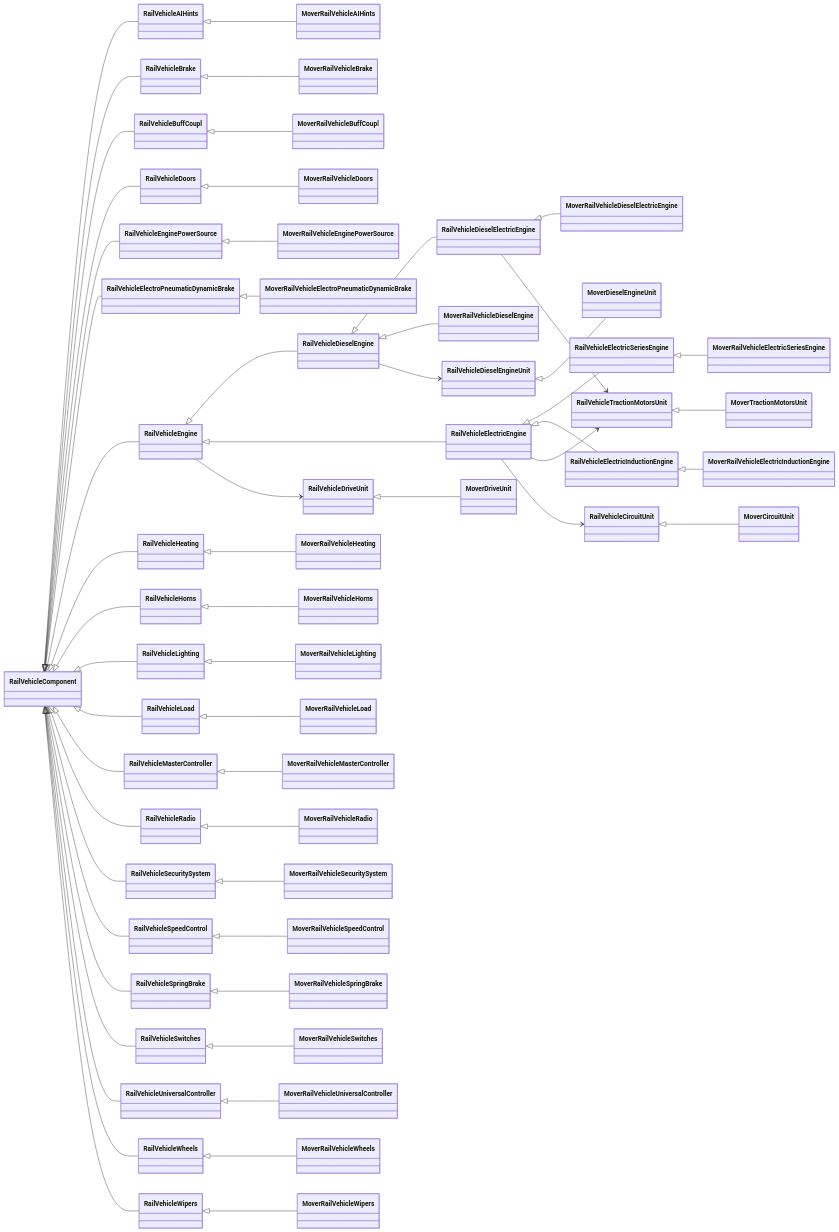
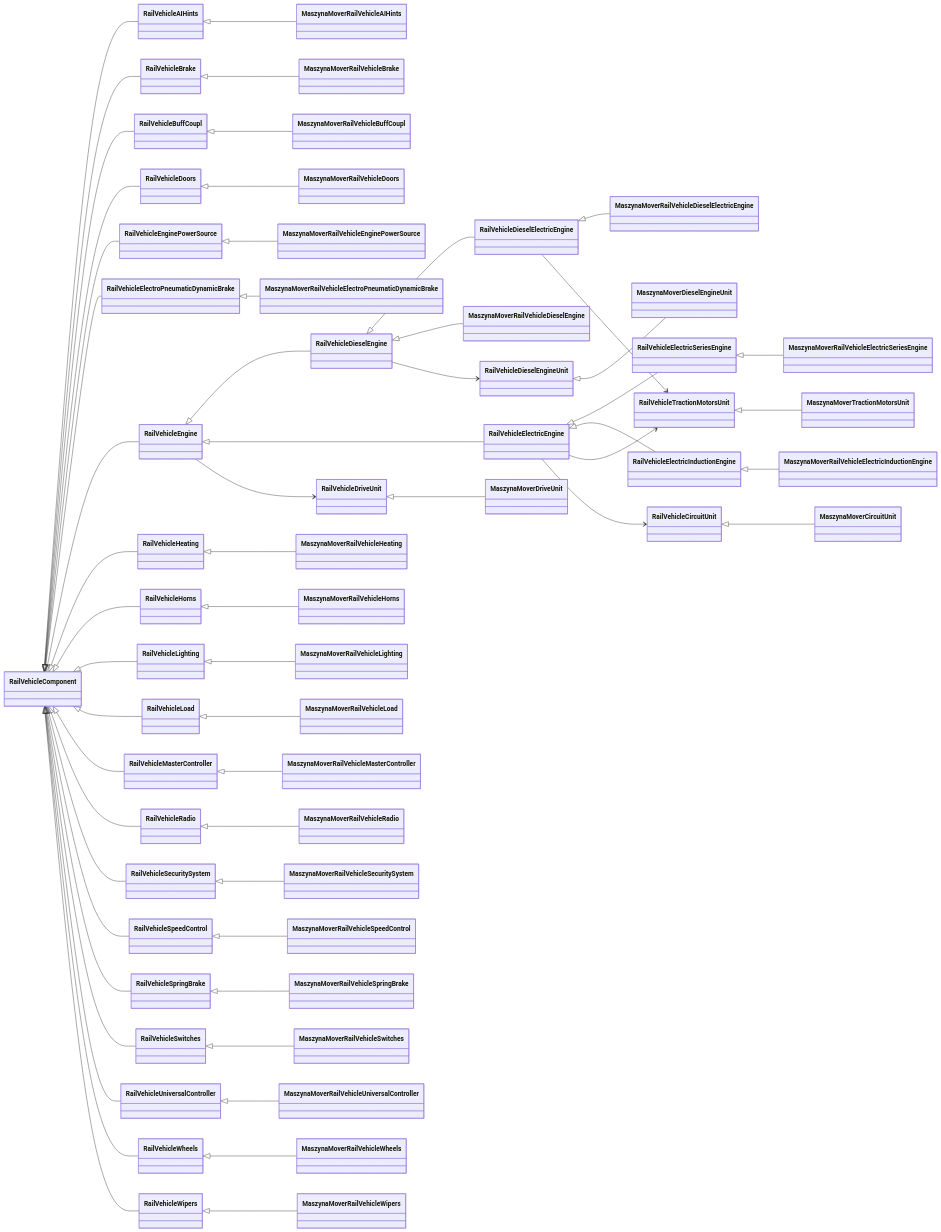
Before and after one commit to MaSzyna-Reloaded/libmaszyna: the second of 2 diagrams in docs/wrapping-mover.md, drawn with Mermaid. The commit also changed other lines of this file and 2073 other files, not shown here.

````diff
--- a/docs/wrapping-mover.md
+++ b/docs/wrapping-mover.md
@@ -109,64 +112,64 @@
 ```mermaid
 classDiagram
     direction LR
     class RailVehicleComponent
     RailVehicleComponent <|-- RailVehicleAIHints
     RailVehicleComponent <|-- RailVehicleBrake
     RailVehicleComponent <|-- RailVehicleBuffCoupl
     RailVehicleComponent <|-- RailVehicleDoors
     RailVehicleComponent <|-- RailVehicleEnginePowerSource
     RailVehicleComponent <|-- RailVehicleElectroPneumaticDynamicBrake
     RailVehicleComponent <|-- RailVehicleEngine
     RailVehicleComponent <|-- RailVehicleHeating
     RailVehicleComponent <|-- RailVehicleHorns
     RailVehicleComponent <|-- RailVehicleLighting
     RailVehicleComponent <|-- RailVehicleLoad
     RailVehicleComponent <|-- RailVehicleMasterController
     RailVehicleComponent <|-- RailVehicleRadio
     RailVehicleComponent <|-- RailVehicleSecuritySystem
     RailVehicleComponent <|-- RailVehicleSpeedControl
     RailVehicleComponent <|-- RailVehicleSpringBrake
     RailVehicleComponent <|-- RailVehicleSwitches
     RailVehicleComponent <|-- RailVehicleUniversalController
     RailVehicleComponent <|-- RailVehicleWheels
     RailVehicleComponent <|-- RailVehicleWipers
     RailVehicleEngine <|-- RailVehicleDieselEngine
     RailVehicleDieselEngine <|-- RailVehicleDieselElectricEngine
     RailVehicleEngine <|-- RailVehicleElectricEngine
     RailVehicleElectricEngine <|-- RailVehicleElectricSeriesEngine
     RailVehicleElectricEngine <|-- RailVehicleElectricInductionEngine
 
-    RailVehicleAIHints <|-- MoverRailVehicleAIHints
-    RailVehicleBrake <|-- MoverRailVehicleBrake
-    RailVehicleBuffCoupl <|-- MoverRailVehicleBuffCoupl
-    RailVehicleDoors <|-- MoverRailVehicleDoors
-    RailVehicleElectroPneumaticDynamicBrake <|-- MoverRailVehicleElectroPneumaticDynamicBrake
-    RailVehicleHeating <|-- MoverRailVehicleHeating
-    RailVehicleHorns <|-- MoverRailVehicleHorns
-    RailVehicleLighting <|-- MoverRailVehicleLighting
-    RailVehicleLoad <|-- MoverRailVehicleLoad
-    RailVehicleMasterController <|-- MoverRailVehicleMasterController
-    RailVehicleRadio <|-- MoverRailVehicleRadio
-    RailVehicleSecuritySystem <|-- MoverRailVehicleSecuritySystem
-    RailVehicleSpeedControl <|-- MoverRailVehicleSpeedControl
-    RailVehicleSpringBrake <|-- MoverRailVehicleSpringBrake
-    RailVehicleSwitches <|-- MoverRailVehicleSwitches
-    RailVehicleEnginePowerSource <|-- MoverRailVehicleEnginePowerSource
-    RailVehicleUniversalController <|-- MoverRailVehicleUniversalController
-    RailVehicleWheels <|-- MoverRailVehicleWheels
-    RailVehicleWipers <|-- MoverRailVehicleWipers
-    RailVehicleDieselEngine <|-- MoverRailVehicleDieselEngine
-    RailVehicleDieselElectricEngine <|-- MoverRailVehicleDieselElectricEngine
-    RailVehicleElectricSeriesEngine <|-- MoverRailVehicleElectricSeriesEngine
-    RailVehicleElectricInductionEngine <|-- MoverRailVehicleElectricInductionEngine
+    RailVehicleAIHints <|-- MaszynaMoverRailVehicleAIHints
+    RailVehicleBrake <|-- MaszynaMoverRailVehicleBrake
+    RailVehicleBuffCoupl <|-- MaszynaMoverRailVehicleBuffCoupl
+    RailVehicleDoors <|-- MaszynaMoverRailVehicleDoors
+    RailVehicleElectroPneumaticDynamicBrake <|-- MaszynaMoverRailVehicleElectroPneumaticDynamicBrake
+    RailVehicleHeating <|-- MaszynaMoverRailVehicleHeating
+    RailVehicleHorns <|-- MaszynaMoverRailVehicleHorns
+    RailVehicleLighting <|-- MaszynaMoverRailVehicleLighting
+    RailVehicleLoad <|-- MaszynaMoverRailVehicleLoad
+    RailVehicleMasterController <|-- MaszynaMoverRailVehicleMasterController
+    RailVehicleRadio <|-- MaszynaMoverRailVehicleRadio
+    RailVehicleSecuritySystem <|-- MaszynaMoverRailVehicleSecuritySystem
+    RailVehicleSpeedControl <|-- MaszynaMoverRailVehicleSpeedControl
+    RailVehicleSpringBrake <|-- MaszynaMoverRailVehicleSpringBrake
+    RailVehicleSwitches <|-- MaszynaMoverRailVehicleSwitches
+    RailVehicleEnginePowerSource <|-- MaszynaMoverRailVehicleEnginePowerSource
+    RailVehicleUniversalController <|-- MaszynaMoverRailVehicleUniversalController
+    RailVehicleWheels <|-- MaszynaMoverRailVehicleWheels
+    RailVehicleWipers <|-- MaszynaMoverRailVehicleWipers
+    RailVehicleDieselEngine <|-- MaszynaMoverRailVehicleDieselEngine
+    RailVehicleDieselElectricEngine <|-- MaszynaMoverRailVehicleDieselElectricEngine
+    RailVehicleElectricSeriesEngine <|-- MaszynaMoverRailVehicleElectricSeriesEngine
+    RailVehicleElectricInductionEngine <|-- MaszynaMoverRailVehicleElectricInductionEngine
 
     RailVehicleEngine --> RailVehicleDriveUnit
     RailVehicleDieselEngine --> RailVehicleDieselEngineUnit
     RailVehicleDieselElectricEngine --> RailVehicleTractionMotorsUnit
     RailVehicleElectricEngine --> RailVehicleTractionMotorsUnit
     RailVehicleElectricEngine --> RailVehicleCircuitUnit
-    RailVehicleDriveUnit <|-- MoverDriveUnit
-    RailVehicleDieselEngineUnit <|-- MoverDieselEngineUnit
-    RailVehicleTractionMotorsUnit <|-- MoverTractionMotorsUnit
-    RailVehicleCircuitUnit <|-- MoverCircuitUnit
+    RailVehicleDriveUnit <|-- MaszynaMoverDriveUnit
+    RailVehicleDieselEngineUnit <|-- MaszynaMoverDieselEngineUnit
+    RailVehicleTractionMotorsUnit <|-- MaszynaMoverTractionMotorsUnit
+    RailVehicleCircuitUnit <|-- MaszynaMoverCircuitUnit
 ```
````
